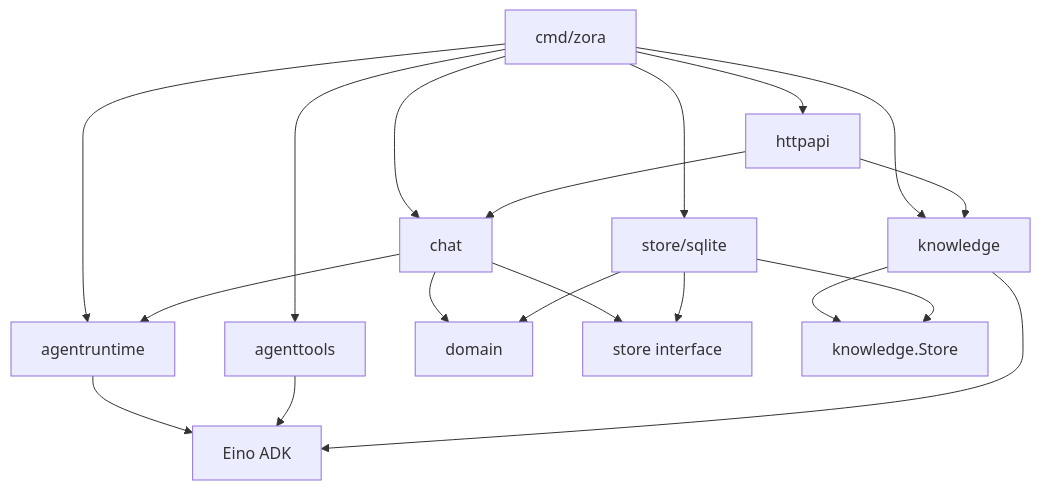
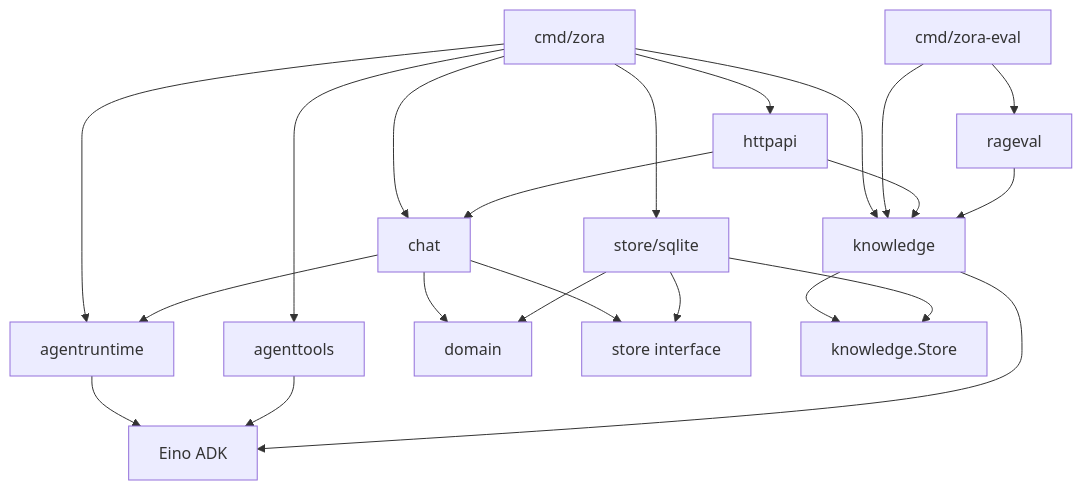
One commit to zora-DD/zora changed the first of 6 diagrams in docs/technical-design.md. Above: the diagram before and after it, drawn with Mermaid. The commit also changed other lines of this file and 15 other files, not shown here.

````diff
--- a/docs/technical-design.md
+++ b/docs/technical-design.md
@@ -42,21 +47,24 @@
 ```mermaid
 flowchart TD
     Main["cmd/zora"] --> HTTP["httpapi"]
     Main --> Chat["chat"]
     Main --> Runtime["agentruntime"]
     Main --> SQLite["store/sqlite"]
     Main --> Tools["agenttools"]
     Main --> Knowledge["knowledge"]
+    Eval["cmd/zora-eval"] --> RAGEval["rageval"]
+    Eval --> Knowledge
     HTTP --> Chat
     HTTP --> Knowledge
     Chat --> Domain["domain"]
     Chat --> Store["store interface"]
     Chat --> Runtime
     Runtime --> Eino["Eino ADK"]
     Tools --> Eino
     Knowledge --> Eino
     Knowledge --> KStore["knowledge.Store"]
+    RAGEval --> Knowledge
     SQLite --> Store
     SQLite --> KStore
     SQLite --> Domain
 ```
````
